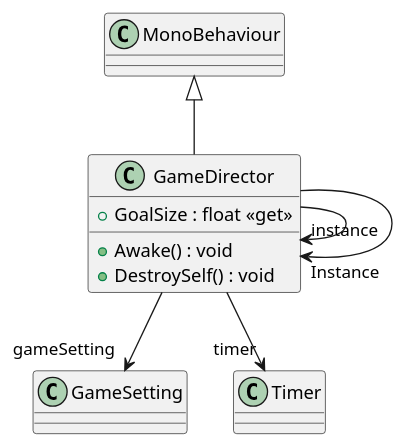
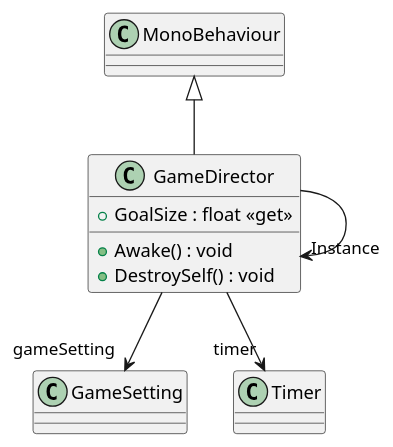
Before and after one commit to MainCastle1212/EverythingEater: the diagram in plantuml/GameDirector.puml, drawn with PlantUML. The commit also changed 24 other files, not shown here.

```diff
--- a/plantuml/GameDirector.puml
+++ b/plantuml/GameDirector.puml
@@ -1,12 +1,11 @@
 @startuml
 class GameDirector {
     + GoalSize : float <<get>>
     + Awake() : void
     + DestroySelf() : void
 }
 MonoBehaviour <|-- GameDirector
 GameDirector --> "gameSetting" GameSetting
 GameDirector --> "timer" Timer
-GameDirector --> "instance" GameDirector
 GameDirector --> "Instance" GameDirector
 @enduml
```
